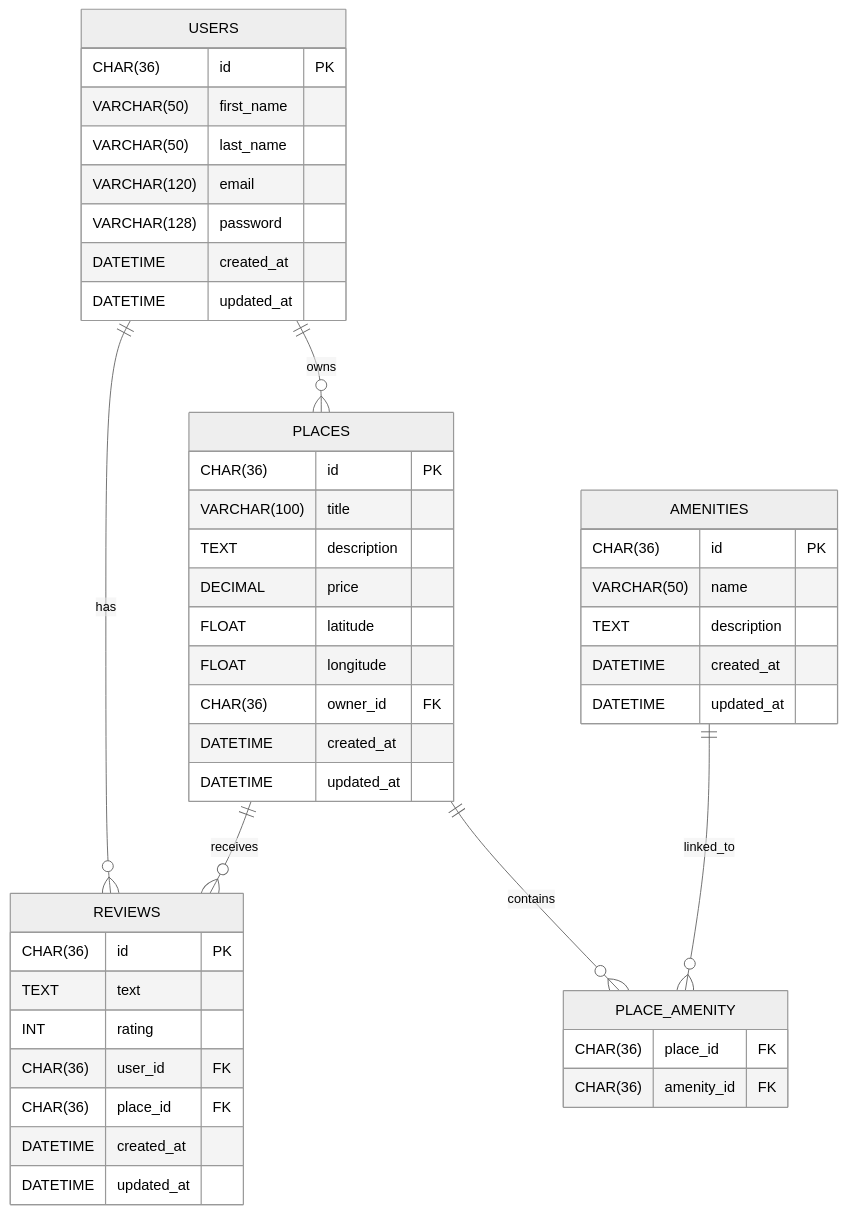
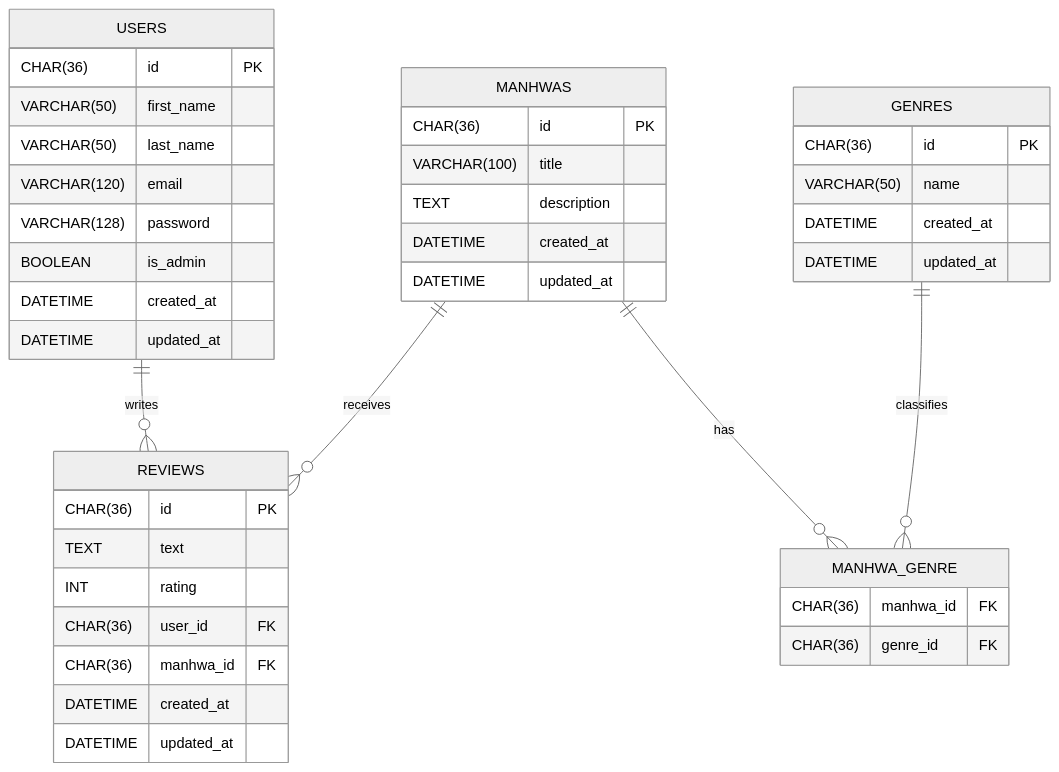
The diagram in backend/hbnb/hbnb_er_diagram.md (dufontdd/RNCP-project), drawn with Mermaid (neutral theme) before and after one commit. The commit also changed 5 other files, not shown here.

````diff
--- a/backend/hbnb/hbnb_er_diagram.md
+++ b/backend/hbnb/hbnb_er_diagram.md
@@ -1,54 +1,49 @@
 ```mermaid
 erDiagram
 
     USERS {
         CHAR(36) id PK
         VARCHAR(50) first_name
         VARCHAR(50) last_name
         VARCHAR(120) email
         VARCHAR(128) password
+        BOOLEAN is_admin
         DATETIME created_at
         DATETIME updated_at
     }
 
-    PLACES {
+    MANHWAS {
         CHAR(36) id PK
         VARCHAR(100) title
         TEXT description
-        DECIMAL price
-        FLOAT latitude
-        FLOAT longitude
-        CHAR(36) owner_id FK
         DATETIME created_at
         DATETIME updated_at
     }
 
-    AMENITIES {
+    GENRES {
         CHAR(36) id PK
         VARCHAR(50) name
-        TEXT description
         DATETIME created_at
         DATETIME updated_at
     }
 
     REVIEWS {
         CHAR(36) id PK
         TEXT text
         INT rating
         CHAR(36) user_id FK
-        CHAR(36) place_id FK
+        CHAR(36) manhwa_id FK
         DATETIME created_at
         DATETIME updated_at
     }
 
-    PLACE_AMENITY {
-        CHAR(36) place_id FK
-        CHAR(36) amenity_id FK
+    MANHWA_GENRE {
+        CHAR(36) manhwa_id FK
+        CHAR(36) genre_id FK
     }
 
-    USERS ||--o{ REVIEWS : has
-    USERS ||--o{ PLACES : owns
-    PLACES ||--o{ REVIEWS : receives
-    PLACES ||--o{ PLACE_AMENITY : contains
-    AMENITIES ||--o{ PLACE_AMENITY : linked_to
+    USERS ||--o{ REVIEWS : writes
+    MANHWAS ||--o{ REVIEWS : receives
+    MANHWAS ||--o{ MANHWA_GENRE : has
+    GENRES ||--o{ MANHWA_GENRE : classifies
 ```
````
